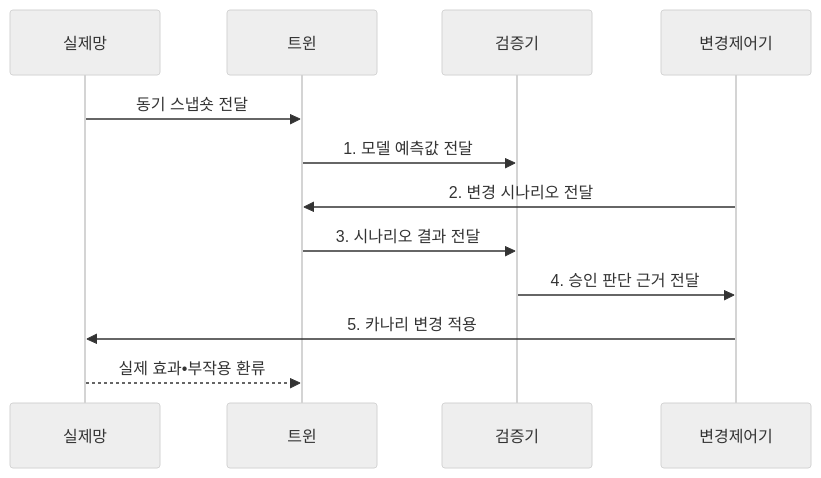
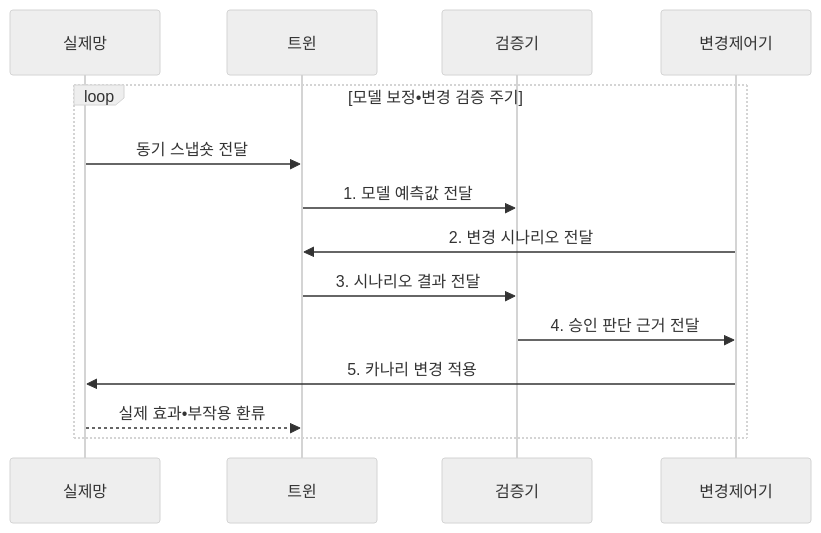
One commit to agnusdei1207/knowledge-base changed the second of 2 diagrams in src/content/docs/notes/04-network/099_network_digital_twin.md. Above: the diagram before and after it, drawn with Mermaid (neutral theme). The commit also changed other lines of this file and 20 other files, not shown here.

````diff
--- a/src/content/docs/notes/04-network/099_network_digital_twin.md
+++ b/src/content/docs/notes/04-network/099_network_digital_twin.md
@@ -99,14 +99,16 @@
 ```mermaid
 sequenceDiagram
     participant 실제망
     participant 트윈
     participant 검증기
     participant 변경제어기
-    실제망->>트윈: 동기 스냅숏 전달
-    트윈->>검증기: 1. 모델 예측값 전달
-    변경제어기->>트윈: 2. 변경 시나리오 전달
-    트윈->>검증기: 3. 시나리오 결과 전달
-    검증기->>변경제어기: 4. 승인 판단 근거 전달
-    변경제어기->>실제망: 5. 카나리 변경 적용
-    실제망-->>트윈: 실제 효과•부작용 환류
+    loop 모델 보정•변경 검증 주기
+        실제망->>트윈: 동기 스냅숏 전달
+        트윈->>검증기: 1. 모델 예측값 전달
+        변경제어기->>트윈: 2. 변경 시나리오 전달
+        트윈->>검증기: 3. 시나리오 결과 전달
+        검증기->>변경제어기: 4. 승인 판단 근거 전달
+        변경제어기->>실제망: 5. 카나리 변경 적용
+        실제망-->>트윈: 실제 효과•부작용 환류
+    end
 ```
````
